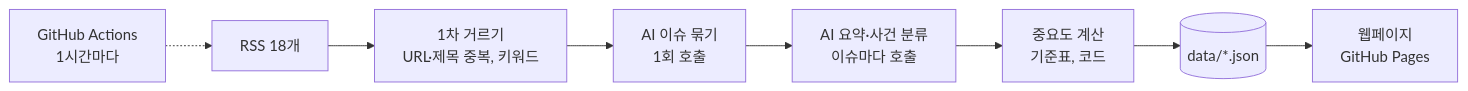
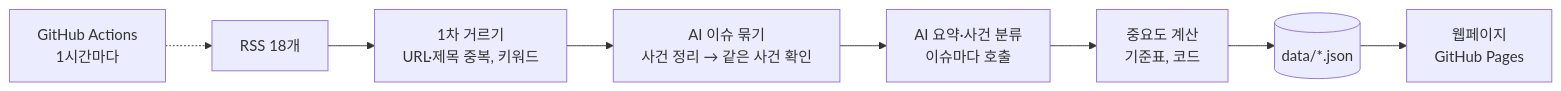
Before and after one commit to smyz1203/semicon-news-agent: the diagram in README.md, drawn with Mermaid. The commit also changed other lines of this file and 7 other files, not shown here.

````diff
--- a/README.md
+++ b/README.md
@@ -24,10 +24,10 @@
 ```mermaid
 flowchart LR
     A[RSS 18개] --> B[1차 거르기<br/>URL·제목 중복, 키워드]
-    B --> C[AI 이슈 묶기<br/>1회 호출]
+    B --> C[AI 이슈 묶기<br/>사건 정리 → 같은 사건 확인]
     C --> D[AI 요약·사건 분류<br/>이슈마다 호출]
     D --> S[중요도 계산<br/>기준표, 코드]
     S --> E[(data/*.json)]
     E --> F[웹페이지<br/>GitHub Pages]
     G[GitHub Actions<br/>1시간마다] -.-> A
 ```
````
